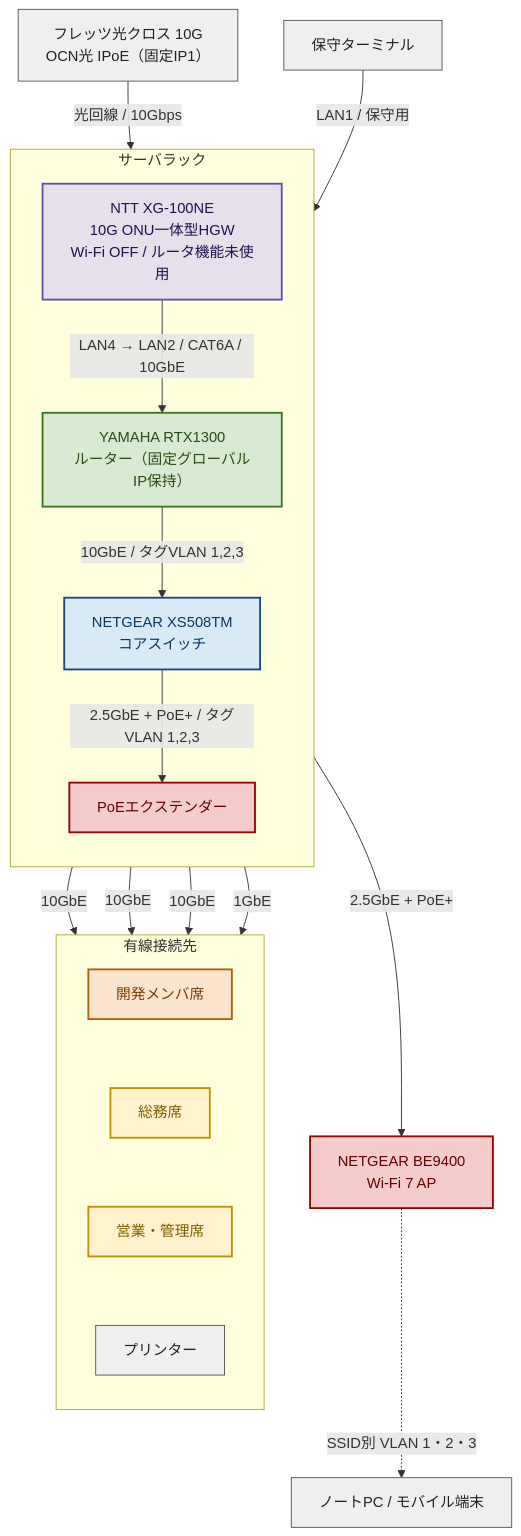
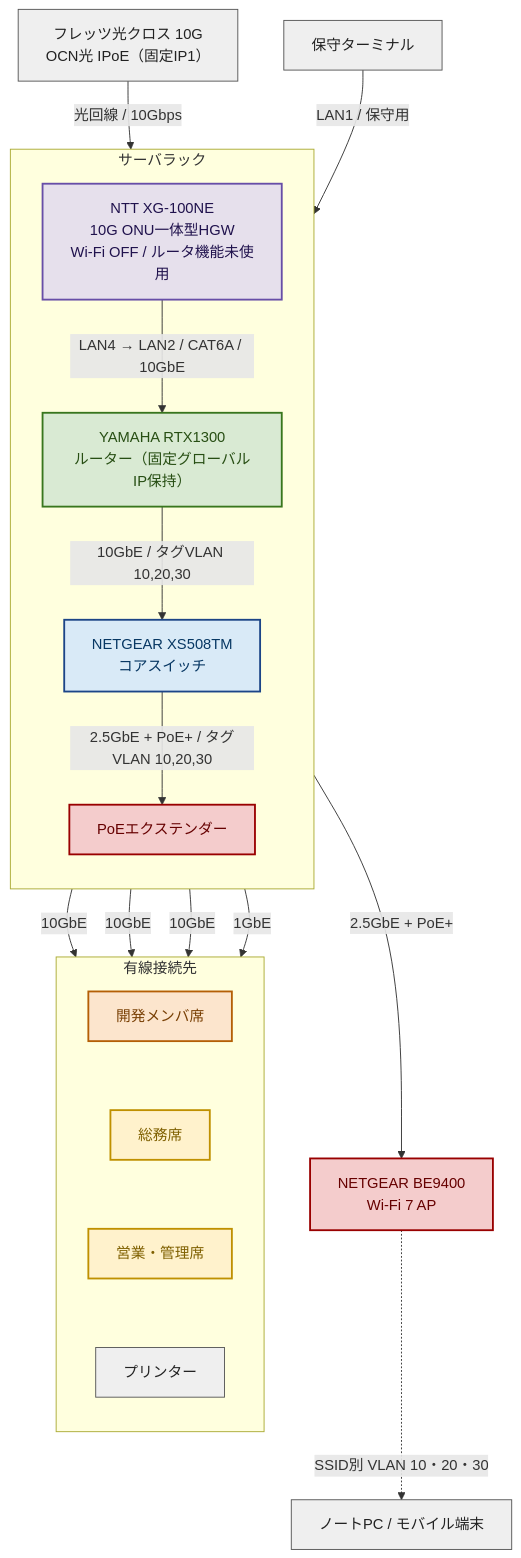
The first of 4 diagrams in 02_Note/社内ネットワーク更改/社内LANネットワーク設定.md (yohira-repo/Obsidian-Vault), drawn with Mermaid before and after one commit. The commit also changed other lines of this file and 22 other files, not shown here.

````diff
--- a/02_Note/社内ネットワーク更改/社内LANネットワーク設定.md
+++ b/02_Note/社内ネットワーク更改/社内LANネットワーク設定.md
@@ -25,49 +25,49 @@
 ```mermaid
 flowchart TB
     classDef rack fill:#d9ead3,stroke:#38761d,stroke-width:2px,color:#274e13;
     classDef core fill:#d9eaf7,stroke:#1c4587,stroke-width:2px,color:#073763;
     classDef vlan1 fill:#fff2cc,stroke:#bf9000,stroke-width:2px,color:#7f6000;
     classDef vlan2 fill:#fce5cd,stroke:#b45f06,stroke-width:2px,color:#783f04;
     classDef vlan3 fill:#f4cccc,stroke:#990000,stroke-width:2px,color:#660000;
     classDef device fill:#efefef,stroke:#555555,stroke-width:1px,color:#222222;
     classDef hgw fill:#e6e0ec,stroke:#674ea7,stroke-width:2px,color:#20124d;
 
     WAN["フレッツ光クロス 10G\nOCN光 IPoE（固定IP1）"]:::device
     MT["保守ターミナル"]:::device
     WIFI["ノートPC / モバイル端末"]:::device
 
     subgraph RACK["サーバラック"]
         direction TB
         HGW["NTT XG-100NE\n10G ONU一体型HGW\nWi-Fi OFF / ルータ機能未使用"]:::hgw
         RTX["YAMAHA RTX1300\nルーター（固定グローバルIP保持）"]:::rack
         CORE["NETGEAR XS508TM\nコアスイッチ"]:::core
         POE["PoEエクステンダー"]:::vlan3
     end
 
     AP["NETGEAR BE9400\nWi‑Fi 7 AP"]:::vlan3
 
     subgraph WIRED_AREAS["有線接続先"]
         direction TB
         DEV_BOX["開発メンバ席"]:::vlan2
         GA_BOX["総務席"]:::vlan1
         SALES_BOX["営業・管理席"]:::vlan1
         PRN["プリンター"]:::device
 
         DEV_BOX ~~~ GA_BOX
         GA_BOX ~~~ SALES_BOX
         SALES_BOX ~~~ PRN
     end
 
     WAN -- "光回線 / 10Gbps" --> HGW
     HGW -- "LAN4 → LAN2 / CAT6A / 10GbE" --> RTX
     MT -- "LAN1 / 保守用" --> RTX
-    RTX -- "10GbE / タグVLAN 1,2,3" --> CORE
+    RTX -- "10GbE / タグVLAN 10,20,30" --> CORE
 
     CORE -- "10GbE" --> DEV_BOX
     CORE -- "10GbE" --> GA_BOX
     CORE -- "10GbE" --> SALES_BOX
     CORE -- "1GbE" --> PRN
-    CORE -- "2.5GbE + PoE+ / タグVLAN 1,2,3" --> POE
+    CORE -- "2.5GbE + PoE+ / タグVLAN 10,20,30" --> POE
     POE -- "2.5GbE + PoE+" --> AP
-    AP -. "SSID別 VLAN 1・2・3" .-> WIFI
+    AP -. "SSID別 VLAN 10・20・30" .-> WIFI
 ```
````
